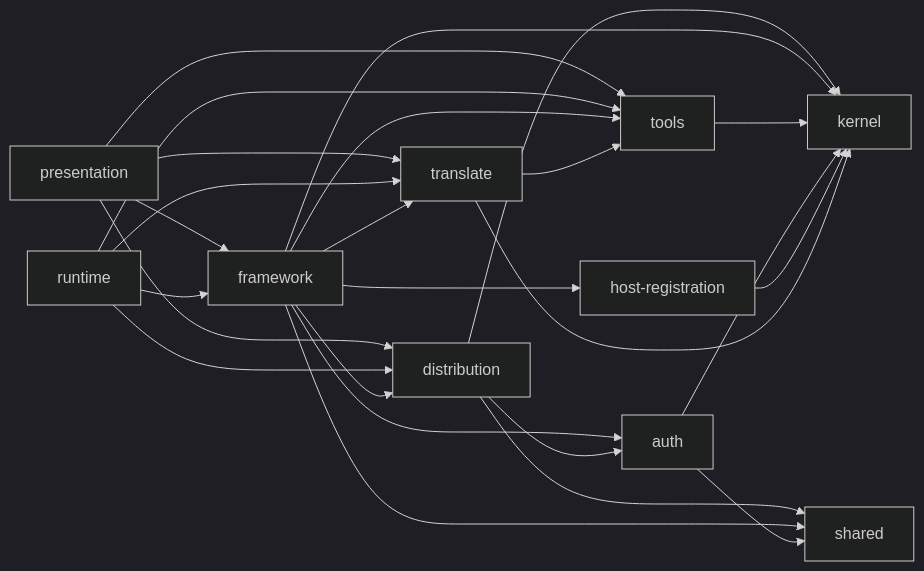
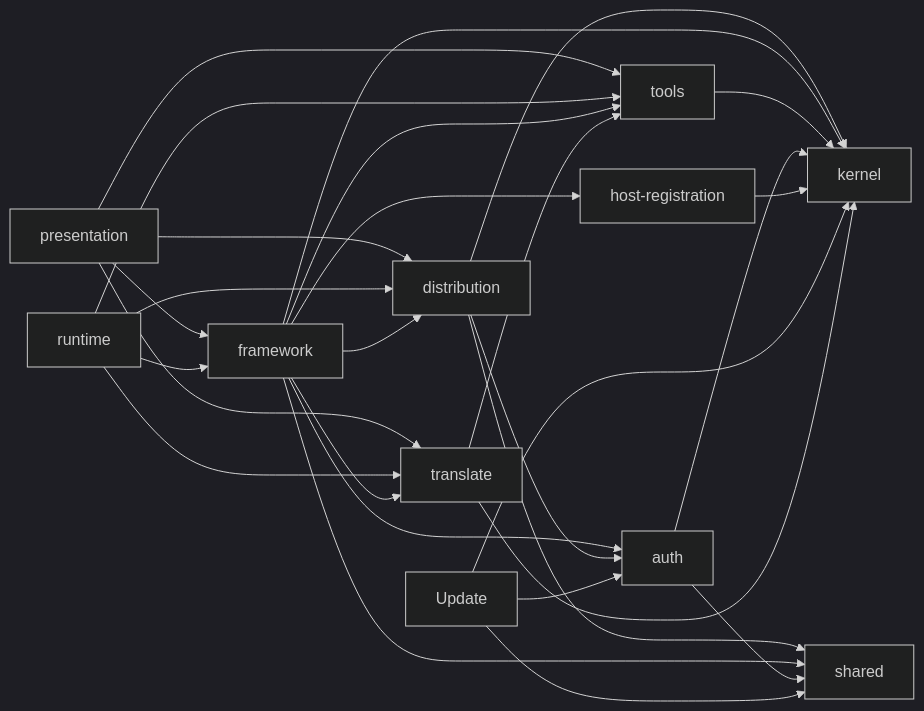
The diagram in cli/aidd_docs/memory/architecture.md (ai-driven-dev/framework), drawn with Mermaid (dark theme) before and after one commit. The commit also changed 7 other files, not shown here.

````diff
--- a/cli/aidd_docs/memory/architecture.md
+++ b/cli/aidd_docs/memory/architecture.md
@@ -15,27 +15,30 @@
 ```mermaid
 flowchart LR
     Presentation["presentation"] --> Distribution["distribution"]
     Presentation --> Framework["framework"]
     Presentation --> Tools["tools"]
     Presentation --> Translate["translate"]
     Runtime["runtime"] --> Distribution
     Runtime --> Framework
     Runtime --> Tools
     Runtime --> Translate
     Framework --> Translate
     Framework --> Distribution
     Framework --> Tools
     Framework --> Auth["auth"]
     Framework --> HostRegistration["host-registration"]
     Distribution --> Auth
     Translate --> Tools
     Distribution --> Kernel["kernel"]
     Distribution --> Shared["shared"]
     Framework --> Shared
     Framework --> Kernel
     Tools --> Kernel
     Auth --> Kernel
     HostRegistration --> Kernel
     Auth --> Shared
+    Update --> Auth
+    Update --> Kernel
+    Update --> Shared
     Translate --> Kernel
 ```
````
